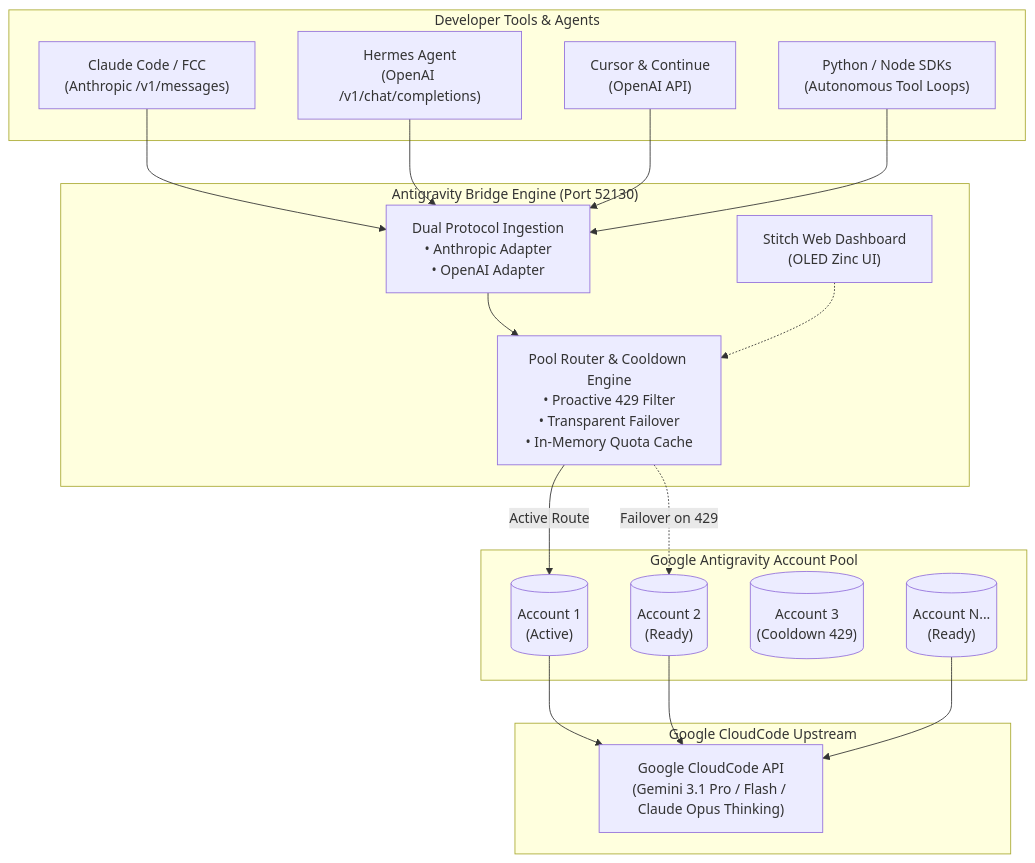
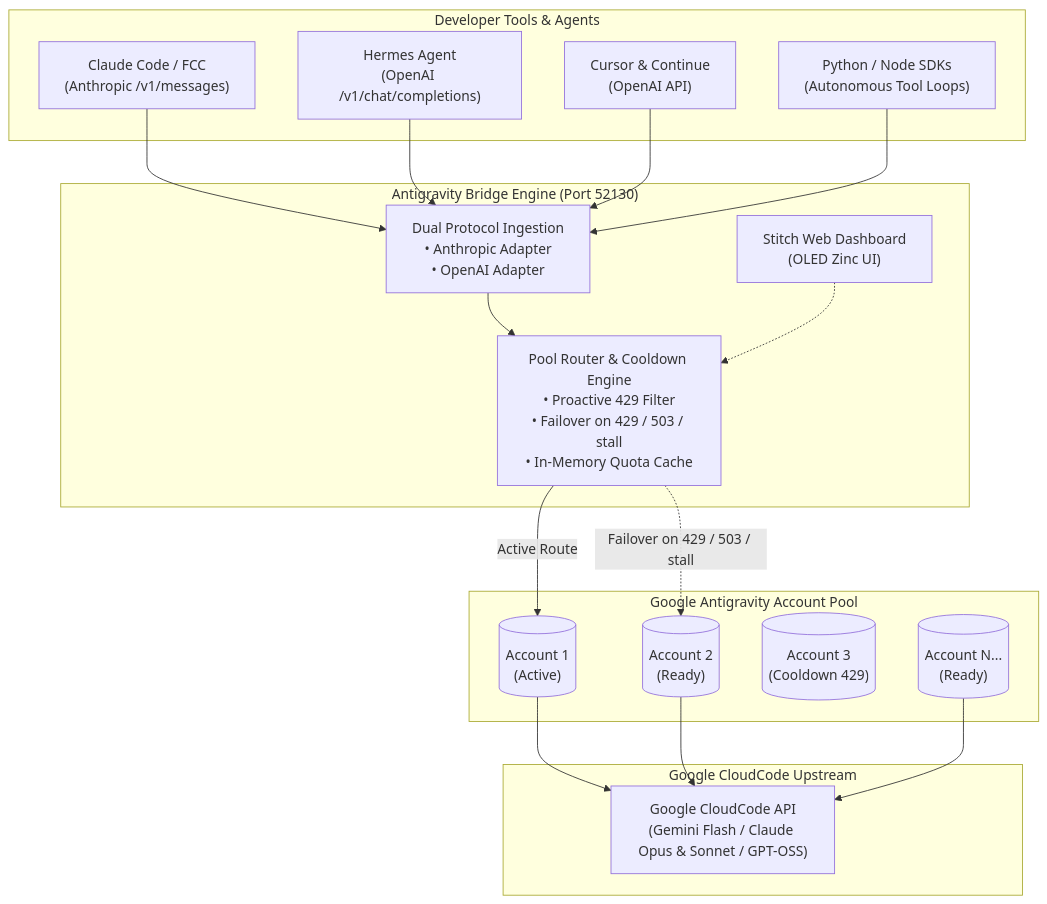
Before and after one commit to zakyirsyaad/antigravity-bridge: the diagram in README.md, drawn with Mermaid. The commit also changed other lines of this file and 1 other file, not shown here.

````diff
--- a/README.md
+++ b/README.md
@@ -26,33 +26,33 @@
 ```mermaid
 flowchart TD
     subgraph Clients ["Developer Tools & Agents"]
         C1["Claude Code / FCC\n(Anthropic /v1/messages)"]
         C2["Hermes Agent\n(OpenAI /v1/chat/completions)"]
         C3["Cursor & Continue\n(OpenAI API)"]
         C4["Python / Node SDKs\n(Autonomous Tool Loops)"]
     end
 
     subgraph Bridge ["Antigravity Bridge Engine (Port 52130)"]
         GW["Dual Protocol Ingestion\n• Anthropic Adapter\n• OpenAI Adapter"]
-        ROUTER["Pool Router & Cooldown Engine\n• Proactive 429 Filter\n• Transparent Failover\n• In-Memory Quota Cache"]
+        ROUTER["Pool Router & Cooldown Engine\n• Proactive 429 Filter\n• Failover on 429 / 503 / stall\n• In-Memory Quota Cache"]
         DASH["Stitch Web Dashboard\n(OLED Zinc UI)"]
     end
 
     subgraph Pool ["Google Antigravity Account Pool"]
         A1[("Account 1\n(Active)")]
         A2[("Account 2\n(Ready)")]
         A3[("Account 3\n(Cooldown 429)")]
         AN[("Account N...\n(Ready)")]
     end
 
     subgraph Google ["Google CloudCode Upstream"]
-        GAPI["Google CloudCode API\n(Gemini 3.1 Pro / Flash / Claude Opus Thinking)"]
+        GAPI["Google CloudCode API\n(Gemini Flash / Claude Opus & Sonnet / GPT-OSS)"]
     end
 
     C1 & C2 & C3 & C4 --> GW
     GW --> ROUTER
     DASH -.-> ROUTER
     ROUTER -->|Active Route| A1
-    ROUTER -.->|Failover on 429| A2
+    ROUTER -.->|Failover on 429 / 503 / stall| A2
     A1 & A2 & AN --> GAPI
 ```
````
